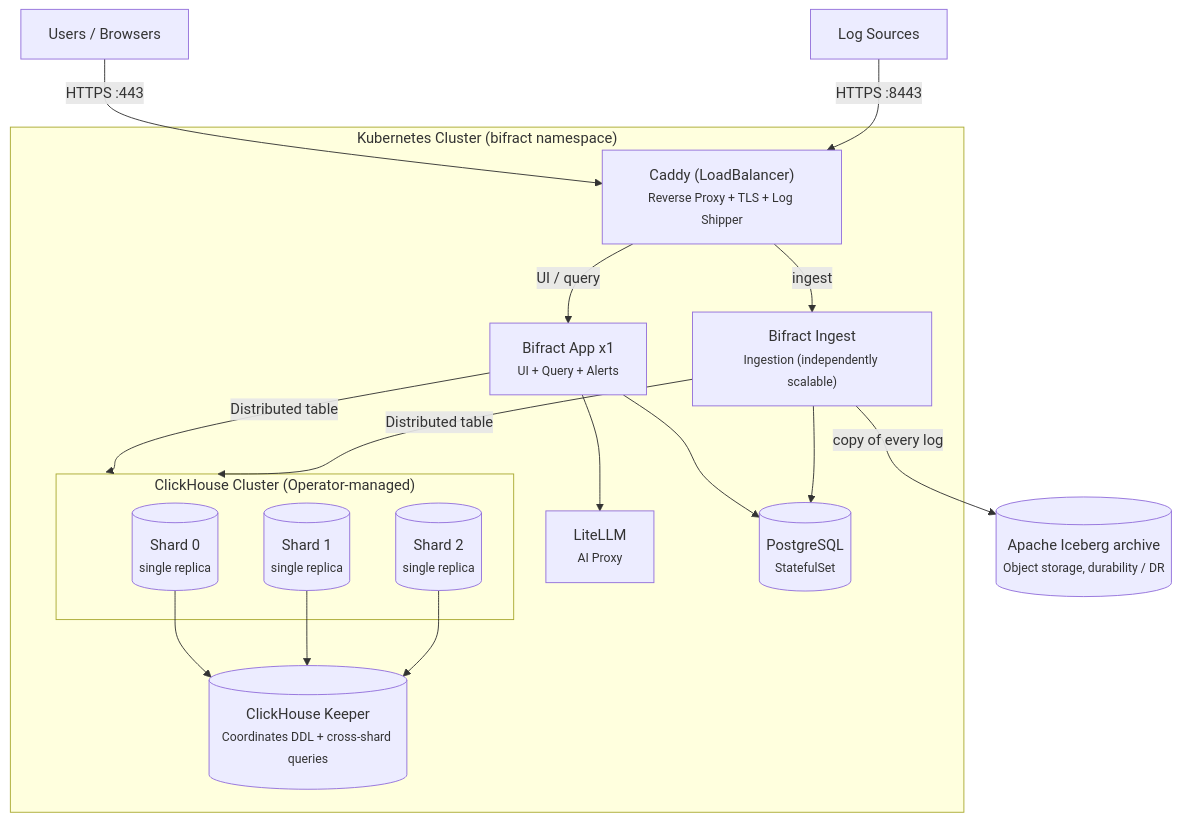
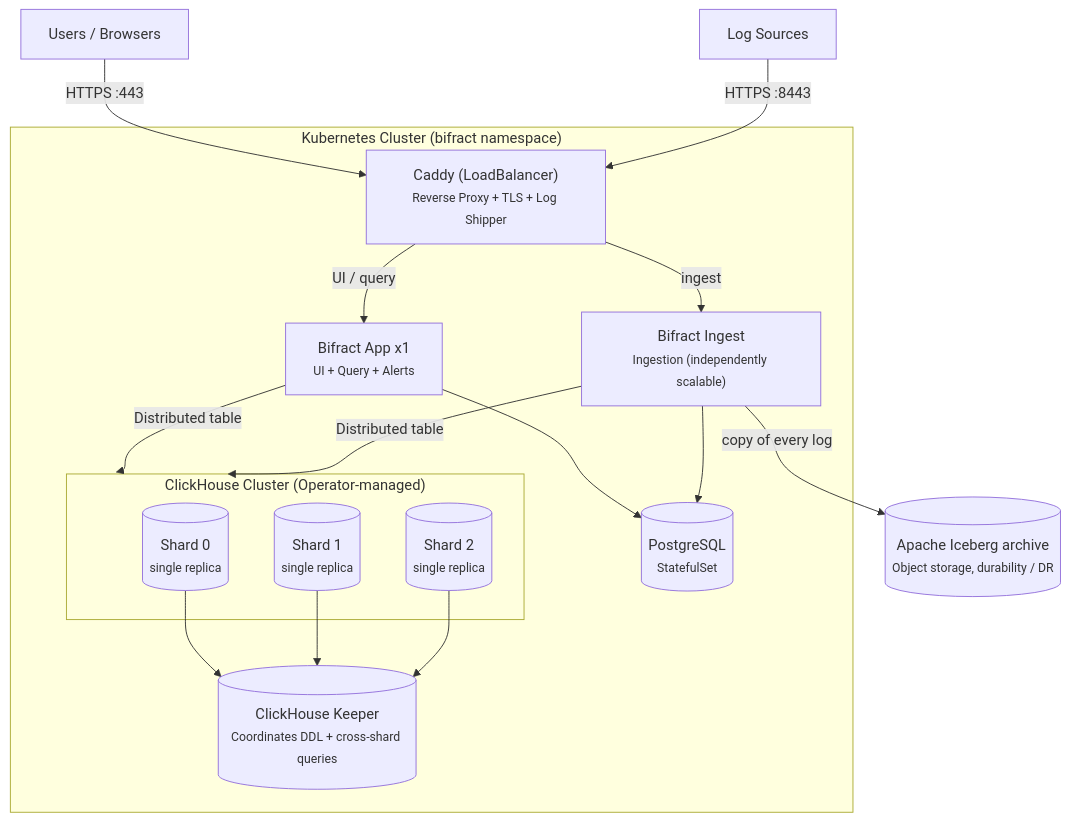
Before and after one commit to zaneGittins/bifract: the diagram in docs/getting-started/kubernetes.md, drawn with Mermaid. The commit also changed other lines of this file and 45 other files, not shown here.

First line of the commit message:
Replace LiteLLM with a built-in LLM client

````diff
--- a/docs/getting-started/kubernetes.md
+++ b/docs/getting-started/kubernetes.md
@@ -13,35 +13,33 @@
 ```mermaid
 graph TB
     users["Users / Browsers"]
     sources["Log Sources"]
 
     subgraph k8s ["Kubernetes Cluster (bifract namespace)"]
         caddy["Caddy (LoadBalancer)<br/><small>Reverse Proxy + TLS + Log Shipper</small>"]
         app["Bifract App x1<br/><small>UI + Query + Alerts</small>"]
         ingest["Bifract Ingest<br/><small>Ingestion (independently scalable)</small>"]
-        litellm["LiteLLM<br/><small>AI Proxy</small>"]
         pg[("PostgreSQL<br/><small>StatefulSet</small>")]
 
         subgraph ch ["ClickHouse Cluster (Operator-managed)"]
             shard0[("Shard 0<br/><small>single replica</small>")]
             shard1[("Shard 1<br/><small>single replica</small>")]
             shard2[("Shard 2<br/><small>single replica</small>")]
         end
 
         keeper[("ClickHouse Keeper<br/><small>Coordinates DDL + cross-shard queries</small>")]
     end
 
     iceberg[("Apache Iceberg archive<br/><small>Object storage, durability / DR</small>")]
 
     users -->|"HTTPS :443"| caddy
     sources -->|"HTTPS :8443"| caddy
     caddy -->|"UI / query"| app
     caddy -->|"ingest"| ingest
     app --> pg
     ingest --> pg
     app -->|"Distributed table"| ch
     ingest -->|"Distributed table"| ch
     ingest -->|"copy of every log"| iceberg
-    app --> litellm
     shard0 & shard1 & shard2 --> keeper
 ```
````
